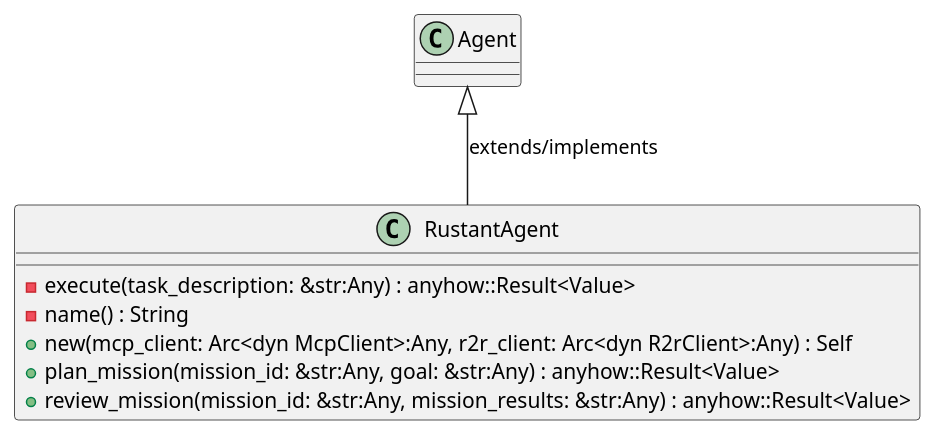
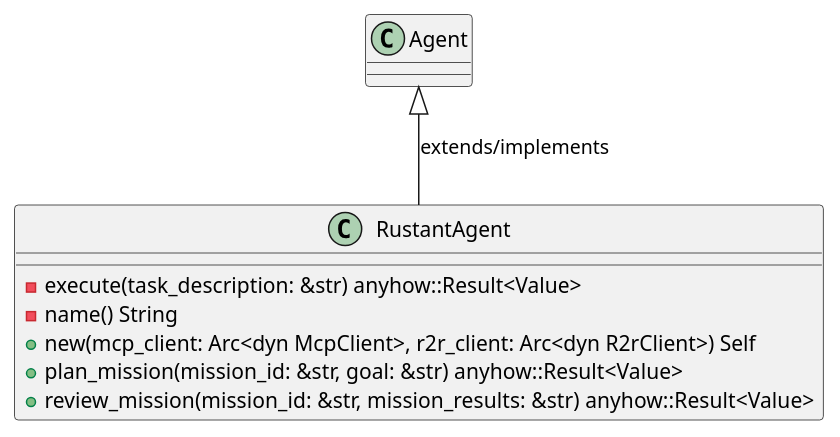
Before and after one commit to lgcorzo/rust_CACD_autonomous_factory: the first of 6 diagrams in openwiki/crates_factory_application_src_agents_rustant.md, drawn with PlantUML. The commit also changed other lines of this file and 97 other files, not shown here.

First line of the commit message:
Fix Rust AST parsing for method and function parameters, and update OKF UML frontmatter

````diff
--- a/openwiki/crates_factory_application_src_agents_rustant.md
+++ b/openwiki/crates_factory_application_src_agents_rustant.md
@@ -133,13 +138,13 @@
 ```plantuml
 @startuml
 class RustantAgent {
-    -execute(task_description: &str:Any) : anyhow::Result<Value>
-    -name() : String
-    +new(mcp_client: Arc<dyn McpClient>:Any, r2r_client: Arc<dyn R2rClient>:Any) : Self
-    +plan_mission(mission_id: &str:Any, goal: &str:Any) : anyhow::Result<Value>
-    +review_mission(mission_id: &str:Any, mission_results: &str:Any) : anyhow::Result<Value>
+    -execute(task_description: &str) anyhow::Result<Value>
+    -name() String
+    +new(mcp_client: Arc<dyn McpClient>, r2r_client: Arc<dyn R2rClient>) Self
+    +plan_mission(mission_id: &str, goal: &str) anyhow::Result<Value>
+    +review_mission(mission_id: &str, mission_results: &str) anyhow::Result<Value>
 }
 Agent <|-- RustantAgent : extends/implements
 @enduml
 
 ```
````
